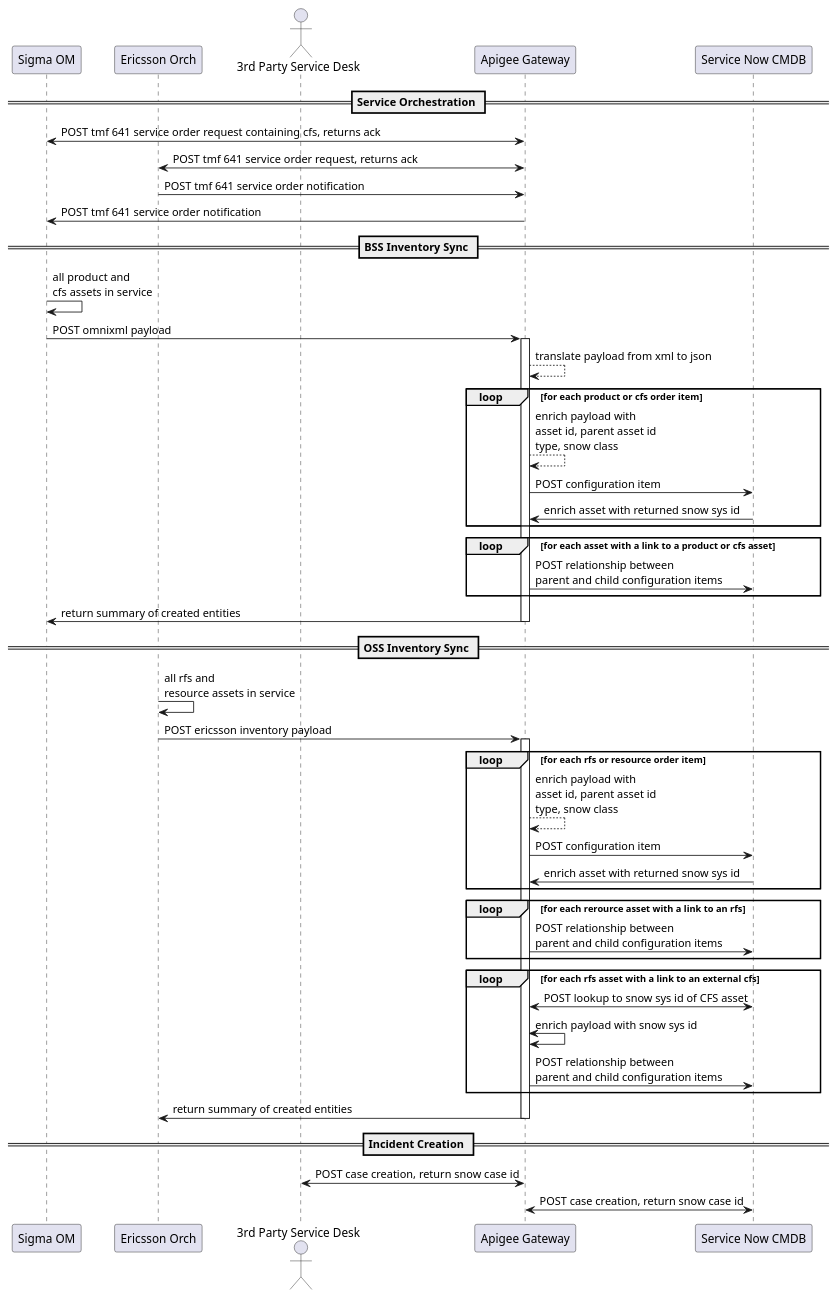
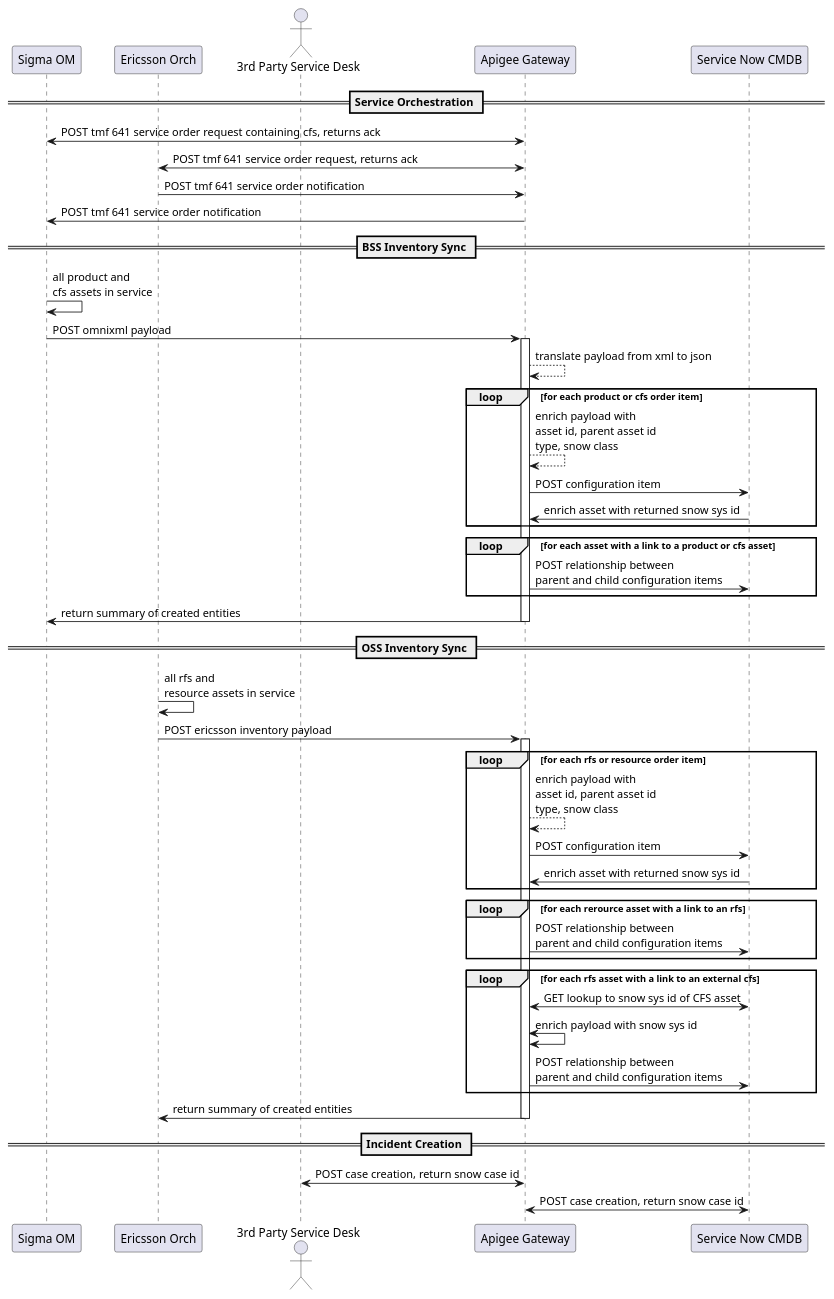
Before and after one commit to stevocurtis/nodejs-playpen: the diagram in docs/integration-flow-sequence.puml, drawn with PlantUML.

Commit message:
Change flow to show correct http method to retrieve sys id

```diff
--- a/docs/integration-flow-sequence.puml
+++ b/docs/integration-flow-sequence.puml
@@ -1,72 +1,72 @@
 @startuml
 ' box "BSS"
 participant "Sigma OM" as sigma
 ' end box
 ' box "OSS"
 participant "Ericsson Orch" as ericsson
 ' end box
 ' box "Integration"
 actor "3rd Party Service Desk" as inlifeuser
 participant "Apigee Gateway" as apigee
 ' end box
 ' box "Inlife"
 participant "Service Now CMDB" as snow
 
 ' end box
 == Service Orchestration ==
 sigma <-> apigee: POST tmf 641 service order request containing cfs, returns ack
 apigee <-> ericsson: POST tmf 641 service order request, returns ack
 ' loop for each cfs
 ericsson -> apigee: POST tmf 641 service order notification
 apigee -> sigma: POST tmf 641 service order notification
 ' end
 
 == BSS Inventory Sync ==
 sigma -> sigma: all product and\ncfs assets in service
 sigma -> apigee: POST omnixml payload
 activate apigee
 
 apigee --> apigee: translate payload from xml to json
 loop for each product or cfs order item
 apigee --> apigee: enrich payload with\nasset id, parent asset id\ntype, snow class
 
 apigee -> snow: POST configuration item
 snow -> apigee: enrich asset with returned snow sys id
 end
 
 loop for each asset with a link to a product or cfs asset
 apigee -> snow: POST relationship between\nparent and child configuration items
 end
 
 apigee -> sigma: return summary of created entities
 deactivate apigee
 
 == OSS Inventory Sync ==
 ericsson -> ericsson: all rfs and\nresource assets in service
 ericsson -> apigee: POST ericsson inventory payload
 activate apigee
 
 loop for each rfs or resource order item
 apigee --> apigee: enrich payload with\nasset id, parent asset id\ntype, snow class
 
 apigee -> snow: POST configuration item
 snow -> apigee: enrich asset with returned snow sys id
 end
 
 loop for each rerource asset with a link to an rfs
 apigee -> snow: POST relationship between\nparent and child configuration items
 end
 
 loop for each rfs asset with a link to an external cfs
-apigee <-> snow: POST lookup to snow sys id of CFS asset
+apigee <-> snow: GET lookup to snow sys id of CFS asset
 apigee <-> apigee: enrich payload with snow sys id
 apigee -> snow: POST relationship between\nparent and child configuration items
 end
 
 apigee -> ericsson: return summary of created entities
 deactivate apigee
 
 == Incident Creation ==
 inlifeuser <-> apigee: POST case creation, return snow case id
 apigee <-> snow: POST case creation, return snow case id
 @enduml
```
